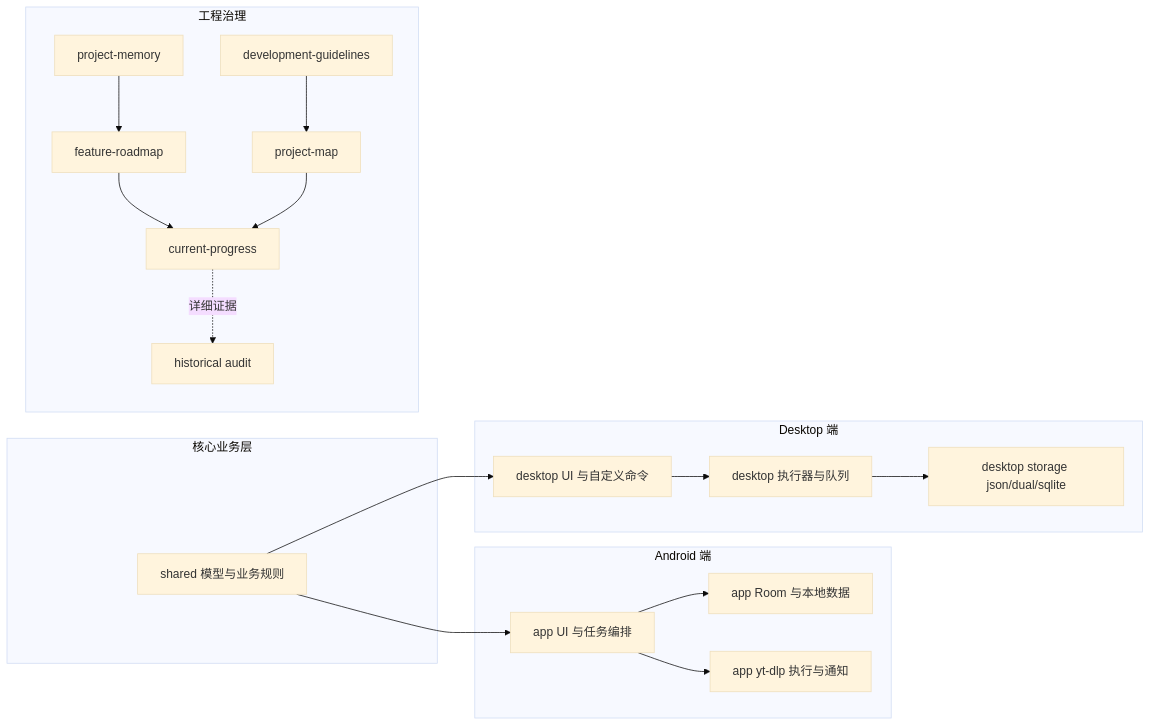
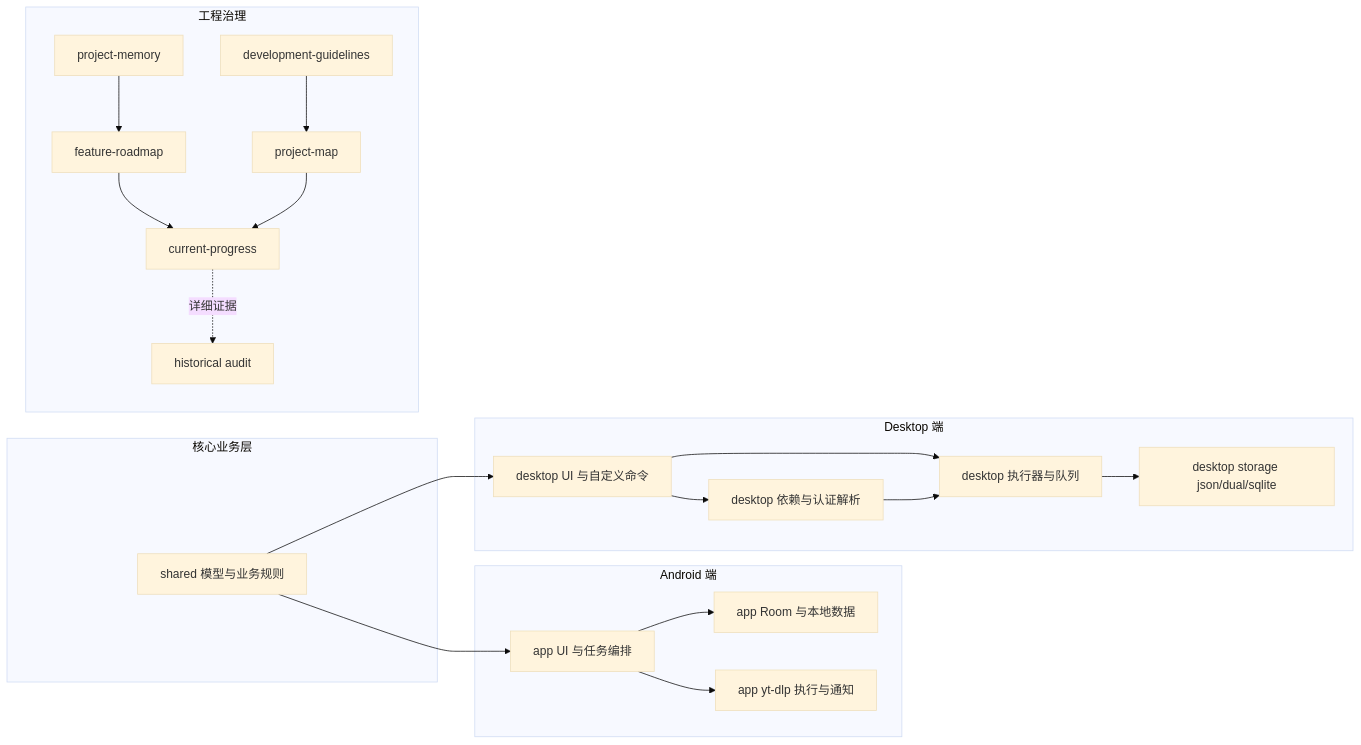
One commit to Axiaobo7788/Seal-Desktop changed the diagram in docs/project-map.md. Above: the diagram before and after it, drawn with Mermaid (base theme). The commit also changed other lines of this file and 38 other files, not shown here.

````diff
--- a/docs/project-map.md
+++ b/docs/project-map.md
@@ -36,42 +36,45 @@
 ```mermaid
 flowchart LR
   subgraph Core[核心业务层]
     Shared[shared 模型与业务规则]
   end
 
   subgraph Android[Android 端]
     AppUI[app UI 与任务编排]
     AppDB[app Room 与本地数据]
     AppExec[app yt-dlp 执行与通知]
   end
 
   subgraph Desktop[Desktop 端]
     DUI[desktop UI 与自定义命令]
     DExec[desktop 执行器与队列]
+    DDeps[desktop 依赖与认证解析]
     DStore[desktop storage json/dual/sqlite]
   end
 
   subgraph Docs[工程治理]
     Memory[project-memory]
     Roadmap[feature-roadmap]
     Current[current-progress]
     Guide[development-guidelines]
     PMAP[project-map]
     Audit[historical audit]
   end
 
   Shared --> AppUI
   Shared --> DUI
 
   AppUI --> AppExec
   AppUI --> AppDB
 
   DUI --> DExec
+  DUI --> DDeps
+  DDeps --> DExec
   DExec --> DStore
 
   Memory --> Roadmap
   Roadmap --> Current
   Guide --> PMAP
   PMAP --> Current
   Current -.详细证据.-> Audit
 ```
````
